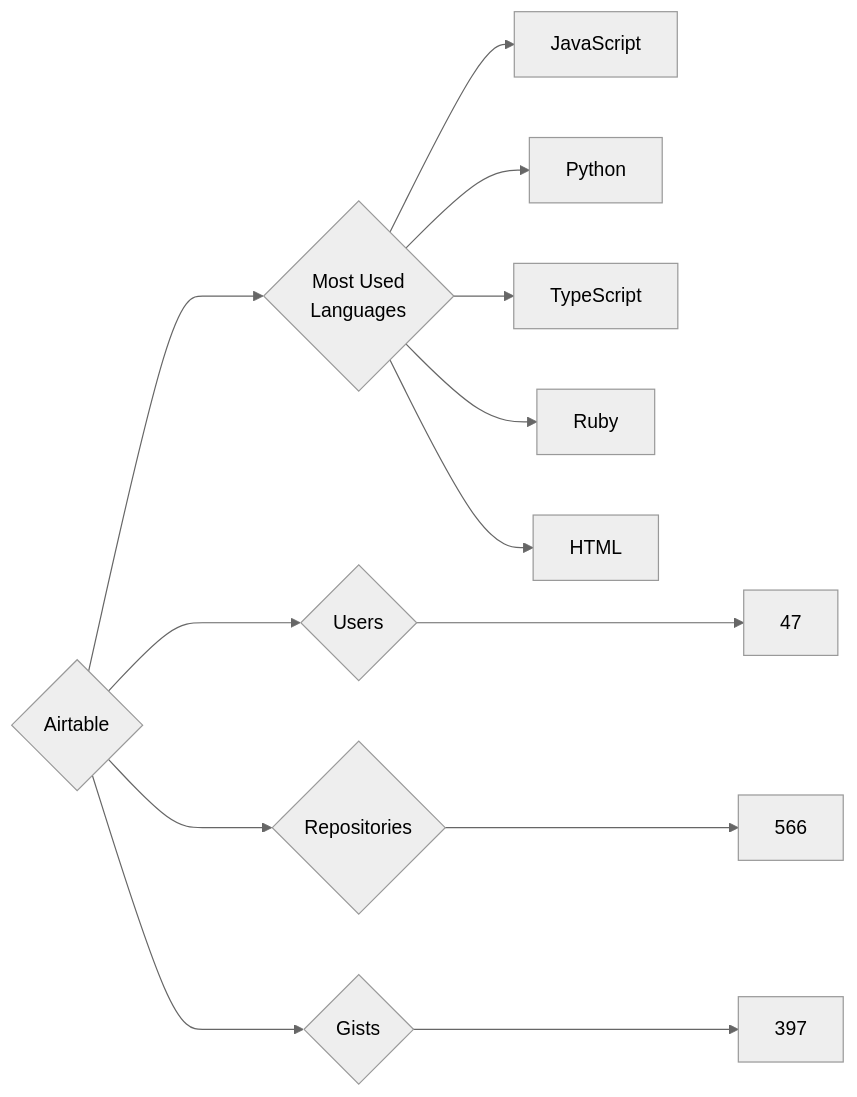
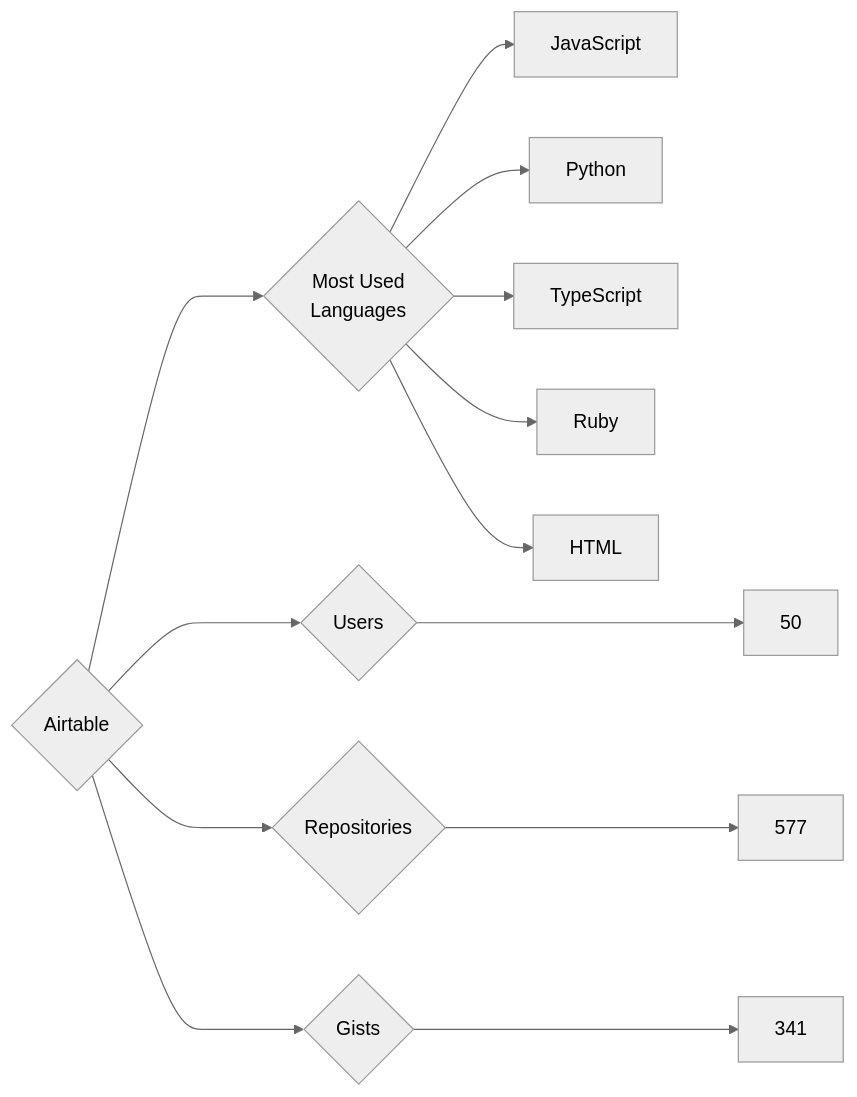
Before and after one commit to trickest/insiders: the diagram in targets/Airtable/README.md, drawn with Mermaid (neutral theme). The commit also changed 721 other files, not shown here.

````diff
--- a/targets/Airtable/README.md
+++ b/targets/Airtable/README.md
@@ -3,13 +3,13 @@
 ```mermaid
 graph LR
 COMPANY_NAME{Airtable}
-COMPANY_NAME ---> U{Users} ---> UN[47]
-COMPANY_NAME ---> R{Repositories} ---> RN[566]
-COMPANY_NAME ---> G{Gists} ---> GN[397]
+COMPANY_NAME ---> U{Users} ---> UN[50]
+COMPANY_NAME ---> R{Repositories} ---> RN[577]
+COMPANY_NAME ---> G{Gists} ---> GN[341]
 COMPANY_NAME ---> ML{Most Used<br>Languages}
 ML --> JavaScript[JavaScript]
 ML --> Python[Python]
 ML --> TypeScript[TypeScript]
 ML --> Ruby[Ruby]
 ML --> HTML[HTML]
 ```
````
